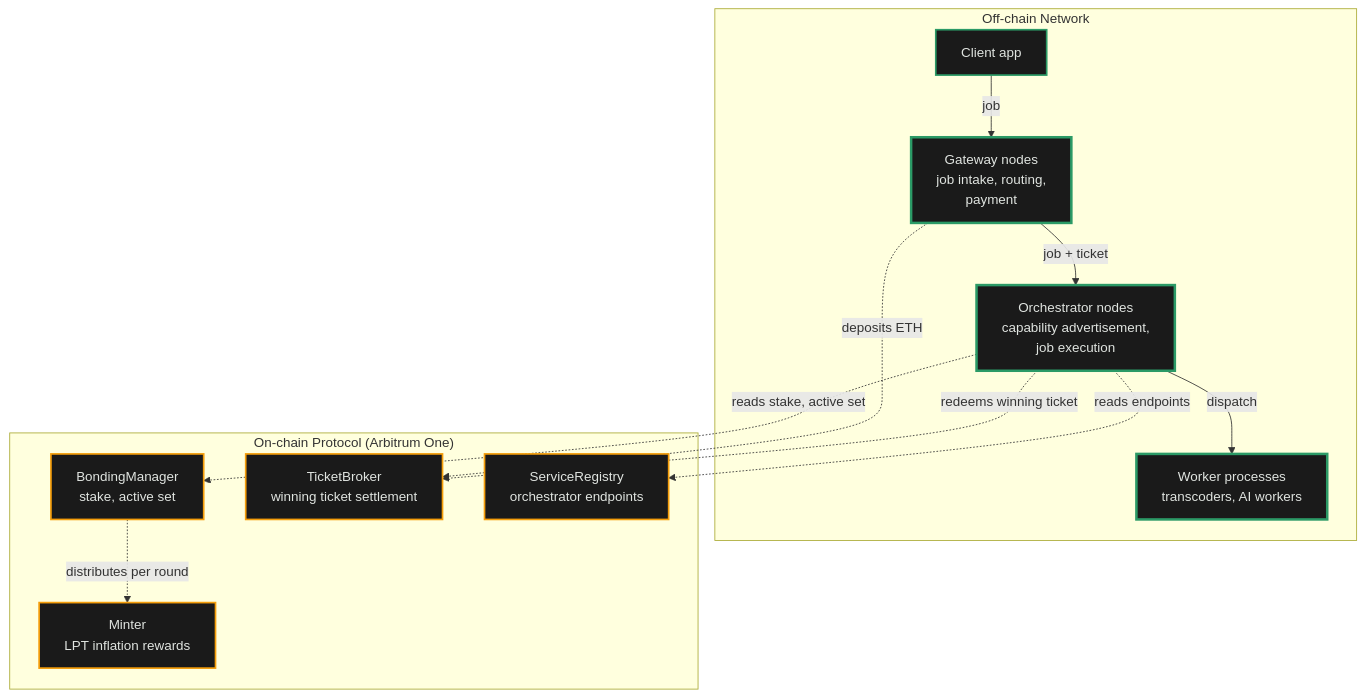
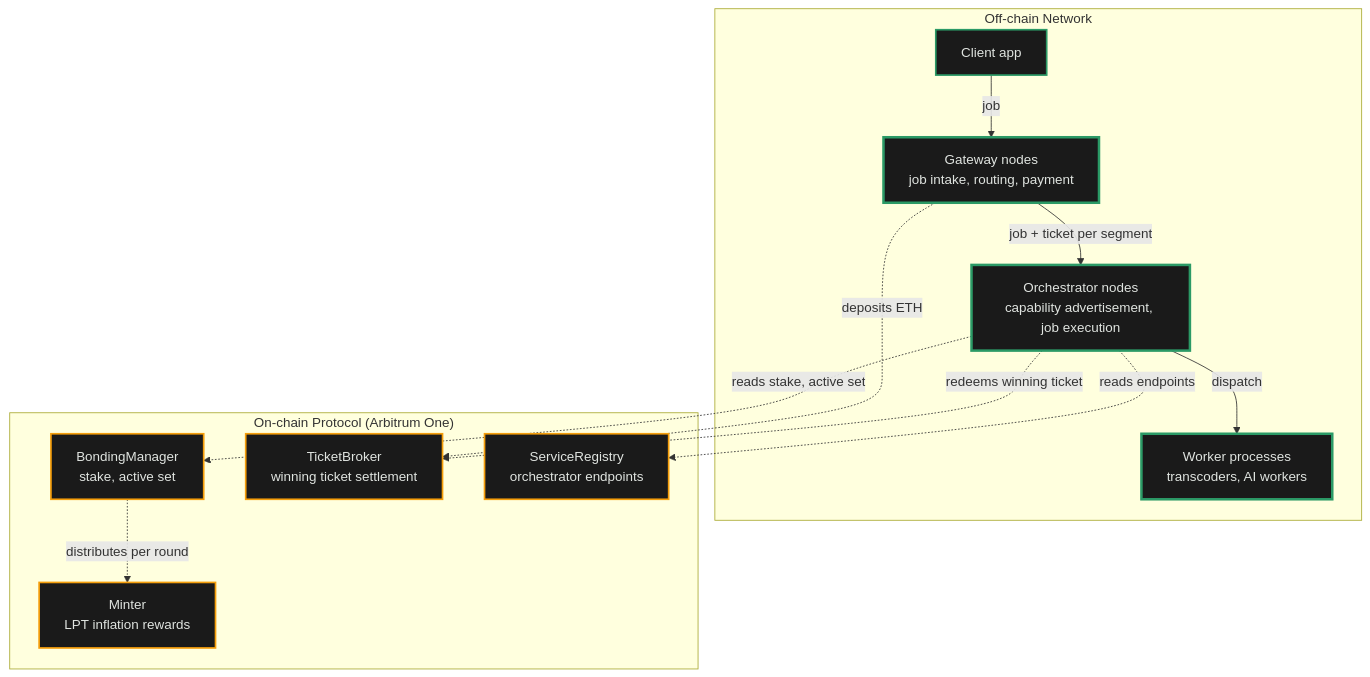
Before and after one commit to livepeer/docs: the second of 2 diagrams in v2/about/network/design.mdx, drawn with Mermaid. The commit also changed other lines of this file and 32 other files, not shown here.

````diff
--- a/v2/about/network/design.mdx
+++ b/v2/about/network/design.mdx
@@ -130,30 +205,30 @@
 ```mermaid
 %%{init: {'theme': 'base', 'themeVariables': { 'primaryColor': '#1a1a1a', 'primaryTextColor': '#E0E4E0', 'primaryBorderColor': '#2b9a66', 'lineColor': '#2b9a66', 'secondaryColor': '#0d0d0d', 'tertiaryColor': '#1a1a1a', 'background': '#0d0d0d', 'fontFamily': "Inter, 'Inter Fallback', -apple-system, system-ui" }}}%%
 flowchart TB
     classDef default fill:#1a1a1a,color:#E0E4E0,stroke:#2b9a66,stroke-width:2px
     classDef net fill:#1a1a1a,color:#E0E4E0,stroke:#2b9a66,stroke-width:3px
     classDef chain fill:#1a1a1a,color:#E0E4E0,stroke:#f59e0b,stroke-width:2px
 
     subgraph OffChain["Off-chain Network"]
         Client["Client app"]:::default
-        Gateway["Gateway nodes<br/>job intake, routing,<br/>payment"]:::net
-        Orch["Orchestrator nodes<br/>capability advertisement,<br/>job execution"]:::net
+        Gateway["Gateway nodes<br/>job intake, routing, payment"]:::net
+        Orch["Orchestrator nodes<br/>capability advertisement, job execution"]:::net
         Workers["Worker processes<br/>transcoders, AI workers"]:::net
     end
 
     subgraph OnChain["On-chain Protocol (Arbitrum One)"]
         Bond["BondingManager<br/>stake, active set"]:::chain
         Broker["TicketBroker<br/>winning ticket settlement"]:::chain
         Registry["ServiceRegistry<br/>orchestrator endpoints"]:::chain
         Minter["Minter<br/>LPT inflation rewards"]:::chain
     end
 
     Client -->|job| Gateway
-    Gateway -->|job + ticket| Orch
+    Gateway -->|job + ticket per segment| Orch
     Orch -->|dispatch| Workers
     Orch -.->|reads stake, active set| Bond
     Gateway -.->|deposits ETH| Broker
     Orch -.->|redeems winning ticket| Broker
     Orch -.->|reads endpoints| Registry
     Bond -.->|distributes per round| Minter
 ```
````
